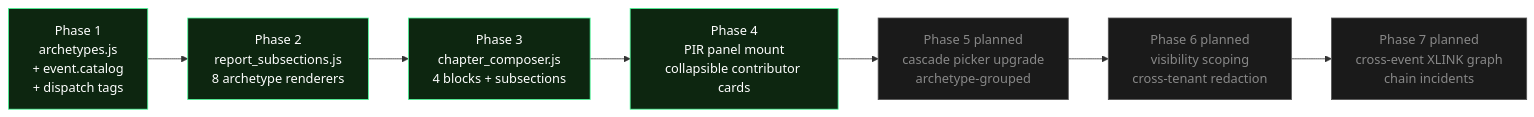
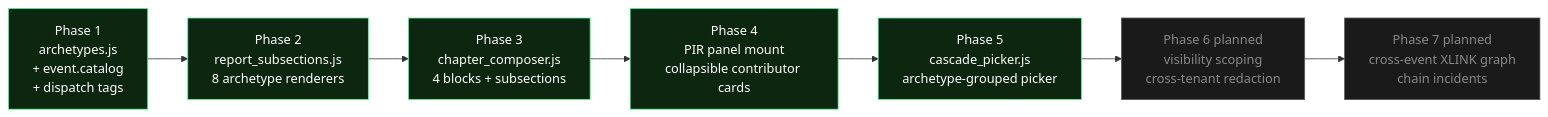
The third of 4 diagrams in docs/cross-agency-flows.md (Luckyluc321/ISR-Systems-c2-platform), drawn with Mermaid before and after one commit. The commit also changed other lines of this file and 3 other files, not shown here.

````diff
--- a/docs/cross-agency-flows.md
+++ b/docs/cross-agency-flows.md
@@ -569,18 +600,18 @@
 ```mermaid
 flowchart LR
   P1[Phase 1<br/>archetypes.js<br/>+ event.catalog<br/>+ dispatch tags]
   P2[Phase 2<br/>report_subsections.js<br/>8 archetype renderers]
   P3[Phase 3<br/>chapter_composer.js<br/>4 blocks + subsections]
   P4[Phase 4<br/>PIR panel mount<br/>collapsible contributor cards]
-  P5[Phase 5 planned<br/>cascade picker upgrade<br/>archetype-grouped]
+  P5[Phase 5<br/>cascade_picker.js<br/>archetype-grouped picker]
   P6[Phase 6 planned<br/>visibility scoping<br/>cross-tenant redaction]
   P7[Phase 7 planned<br/>cross-event XLINK graph<br/>chain incidents]
   P1 --> P2 --> P3 --> P4 --> P5 --> P6 --> P7
   style P1 fill:#0d2610,stroke:#4dff9c,color:#fff
   style P2 fill:#0d2610,stroke:#4dff9c,color:#fff
   style P3 fill:#0d2610,stroke:#4dff9c,color:#fff
   style P4 fill:#0d2610,stroke:#4dff9c,color:#fff
-  style P5 fill:#1a1a1a,stroke:#555,color:#888
+  style P5 fill:#0d2610,stroke:#4dff9c,color:#fff
   style P6 fill:#1a1a1a,stroke:#555,color:#888
   style P7 fill:#1a1a1a,stroke:#555,color:#888
 ```
````
